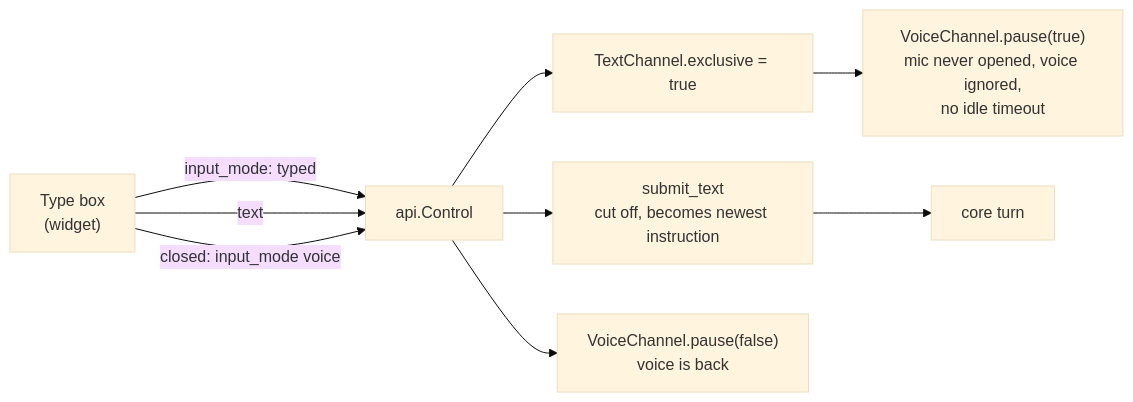
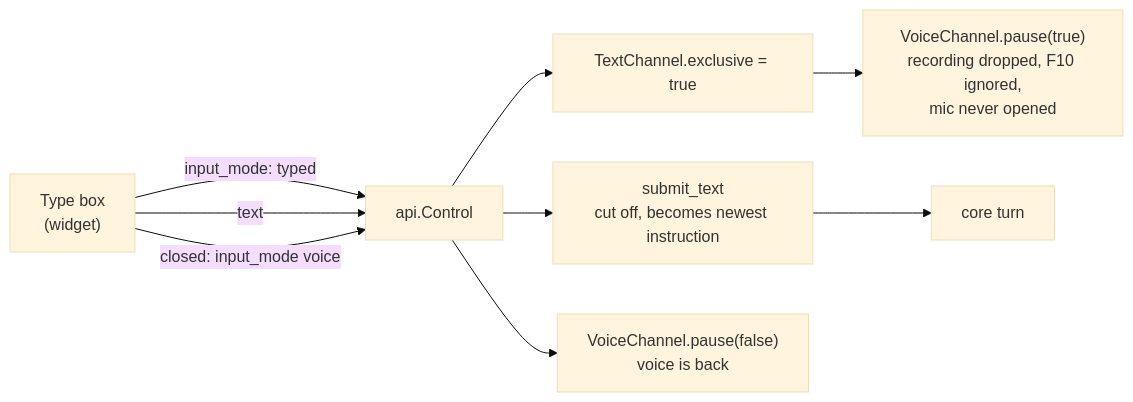
Before and after one commit to siddh30/prometheus-voice-control: the fourth of 14 diagrams in DESIGN.md, drawn with Mermaid (base theme). The commit also changed other lines of this file and 44 other files, not shown here.

````diff
--- a/DESIGN.md
+++ b/DESIGN.md
@@ -259,11 +255,11 @@
 ```mermaid
 flowchart LR
     BOX["Type box<br/>(widget)"] -- "input_mode: typed" --> CTRL["api.Control"]
     CTRL --> EXCL["TextChannel.exclusive = true"]
-    EXCL --> PAUSE["VoiceChannel.pause(true)<br/>mic never opened, voice ignored,<br/>no idle timeout"]
+    EXCL --> PAUSE["VoiceChannel.pause(true)<br/>recording dropped, F10 ignored,<br/>mic never opened"]
     BOX -- "text" --> CTRL
     CTRL --> SUBMIT["submit_text<br/>cut off, becomes newest instruction"]
     SUBMIT --> CORE["core turn"]
     BOX -- "closed: input_mode voice" --> CTRL
     CTRL --> RESUME["VoiceChannel.pause(false)<br/>voice is back"]
 ```
````
